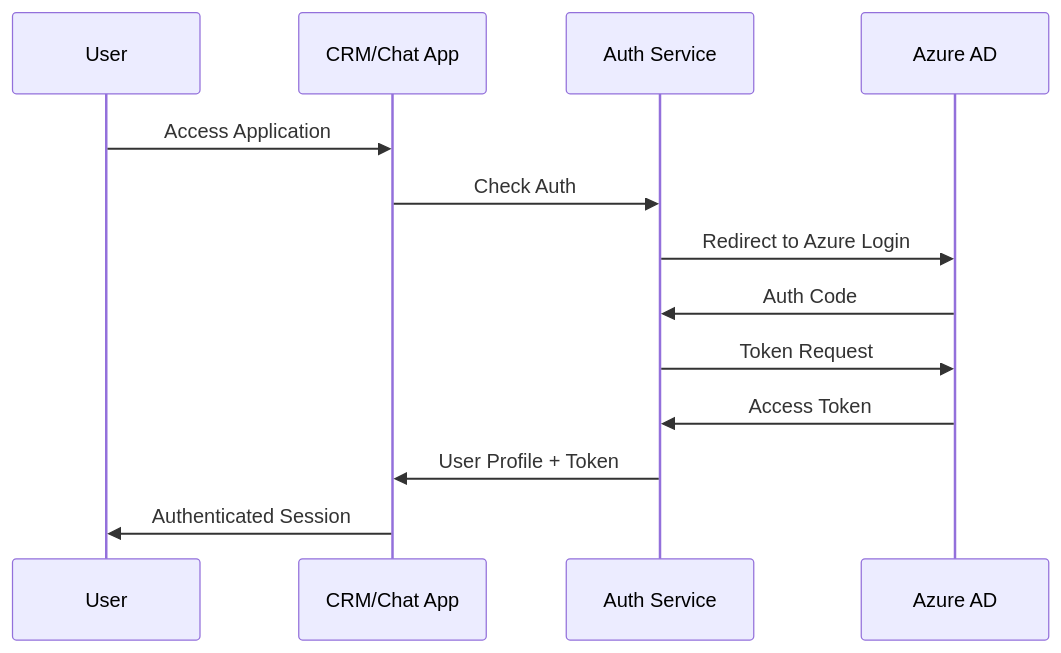
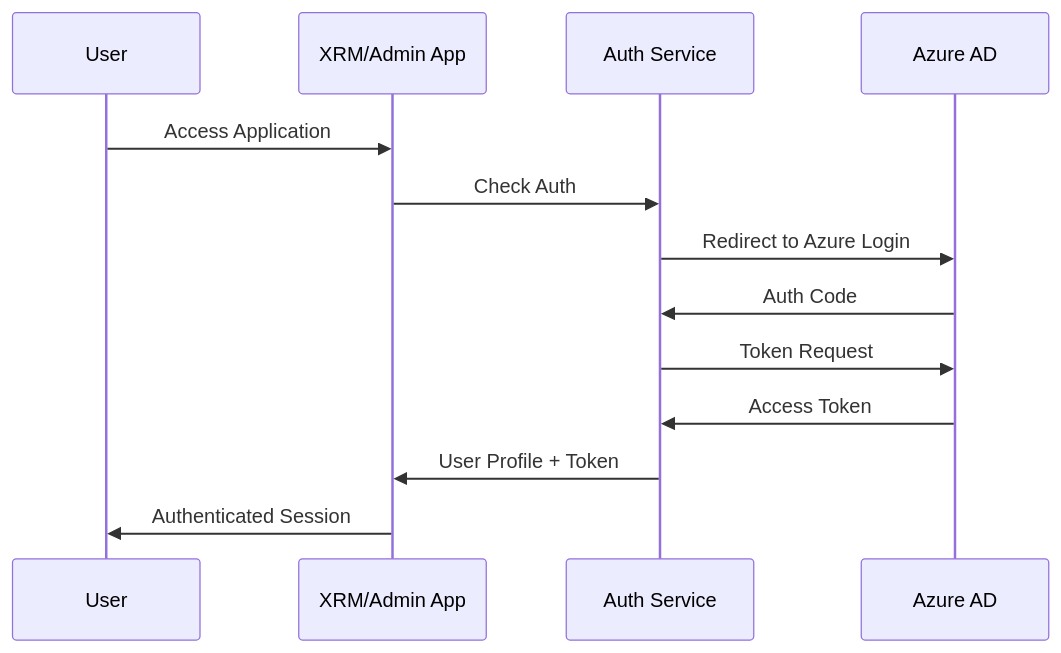
Before and after one commit to kkhorshed/Nexus360: the second of 4 diagrams in docs/architecture/system-design.md, drawn with Mermaid. The commit also changed other lines of this file and 51 other files, not shown here.

Commit message:
refactor: remove CRM, AI chat, marketing, and sales-comp apps; update documentation

````diff
--- a/docs/architecture/system-design.md
+++ b/docs/architecture/system-design.md
@@ -42,16 +41,16 @@
 ```mermaid
 sequenceDiagram
     participant U as User
-    participant C as CRM/Chat App
+    participant X as XRM/Admin App
     participant A as Auth Service
     participant AD as Azure AD
 
-    U->>C: Access Application
-    C->>A: Check Auth
+    U->>X: Access Application
+    X->>A: Check Auth
     A->>AD: Redirect to Azure Login
     AD->>A: Auth Code
     A->>AD: Token Request
     AD->>A: Access Token
-    A->>C: User Profile + Token
-    C->>U: Authenticated Session
+    A->>X: User Profile + Token
+    X->>U: Authenticated Session
 ```
````
